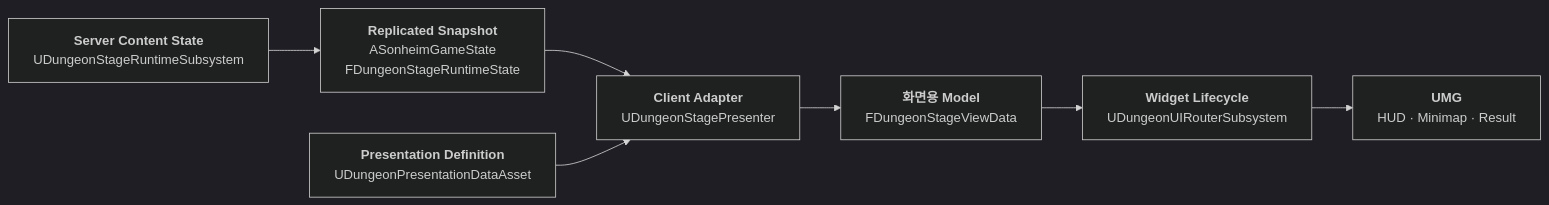
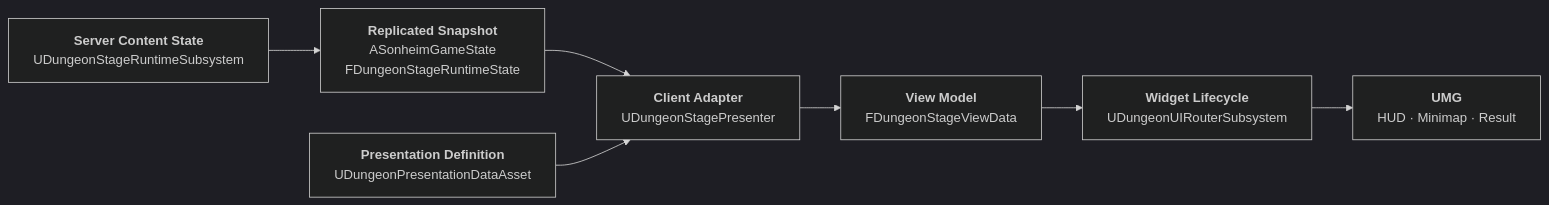
Before and after one commit to chungheonLee0325/Sonheim: the third of 3 diagrams in Doc/Wiki/11_Client_State_Presentation_Pipeline.md, drawn with Mermaid (dark theme). The commit also changed other lines of this file, not shown here.

Commit message:
docs: restructure ui architecture around actual screen lifecycles

```diff
--- a/Doc/Wiki/11_Client_State_Presentation_Pipeline.md
+++ b/Doc/Wiki/11_Client_State_Presentation_Pipeline.md
@@ -394,14 +291,14 @@
 ~~~mermaid
 flowchart LR
     R["<b>Server Content State</b><br/>UDungeonStageRuntimeSubsystem"]
     G["<b>Replicated Snapshot</b><br/>ASonheimGameState<br/>FDungeonStageRuntimeState"]
     P["<b>Client Adapter</b><br/>UDungeonStagePresenter"]
     D["<b>Presentation Definition</b><br/>UDungeonPresentationDataAsset"]
-    V["<b>화면용 Model</b><br/>FDungeonStageViewData"]
+    V["<b>View Model</b><br/>FDungeonStageViewData"]
     U["<b>Widget Lifecycle</b><br/>UDungeonUIRouterSubsystem"]
     W["<b>UMG</b><br/>HUD · Minimap · Result"]
 
     R --> G --> P
     D --> P
     P --> V --> U --> W
 ~~~
```
